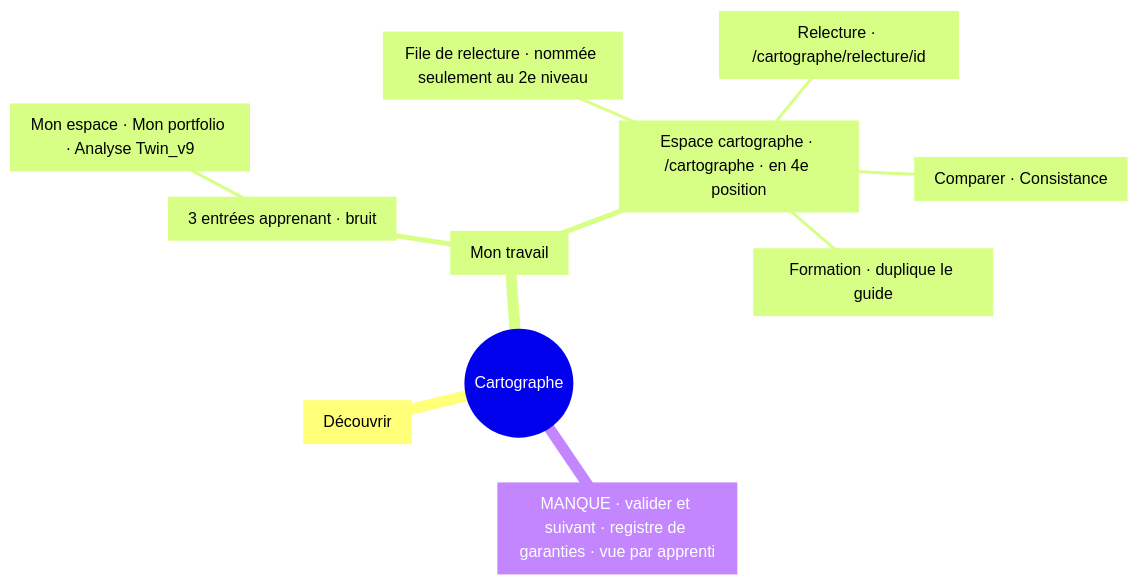
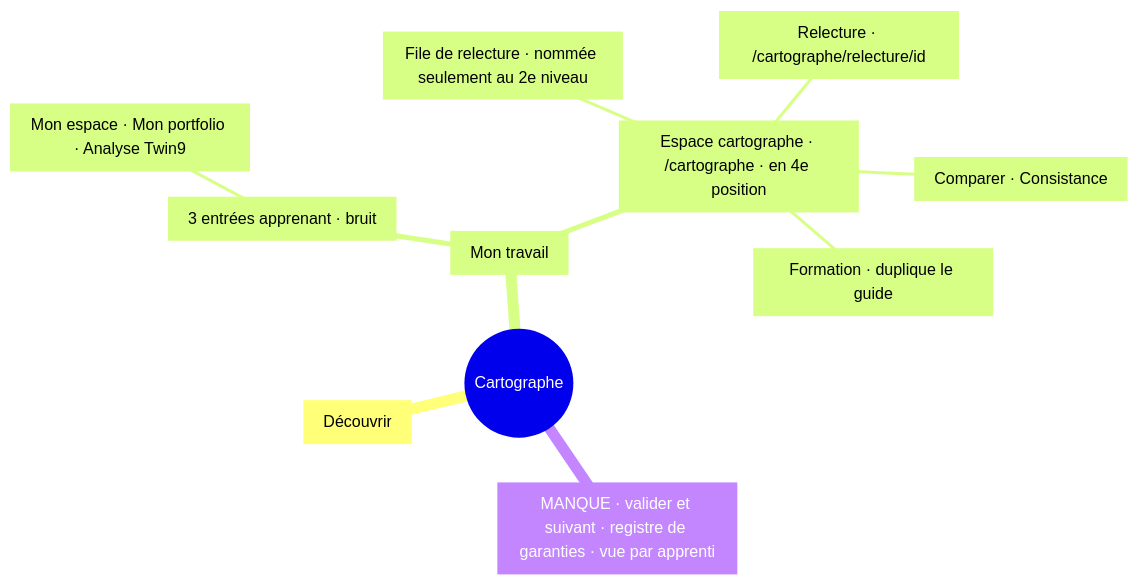
The fifth of 12 diagrams in docs/ergonomie-navigation.md (4nd4ny/humanome), drawn with Mermaid before and after one commit. The commit also changed other lines of this file and 78 other files, not shown here.

````diff
--- a/docs/ergonomie-navigation.md
+++ b/docs/ergonomie-navigation.md
@@ -168,14 +168,14 @@
 ```mermaid
 mindmap
   root((Cartographe))
     d["Découvrir"]
     t["Mon travail"]
       a["3 entrées apprenant · bruit"]
-        a1["Mon espace · Mon portfolio · Analyse Twin_v9"]
+        a1["Mon espace · Mon portfolio · Analyse Twin9"]
       cg["Espace cartographe · /cartographe · en 4e position"]
         cg1["File de relecture · nommée seulement au 2e niveau"]
         cg2["Relecture · /cartographe/relecture/id"]
         cg3["Comparer · Consistance"]
         cg4["Formation · duplique le guide"]
     x["MANQUE · valider et suivant · registre de garanties · vue par apprenti"]
 ```
````
